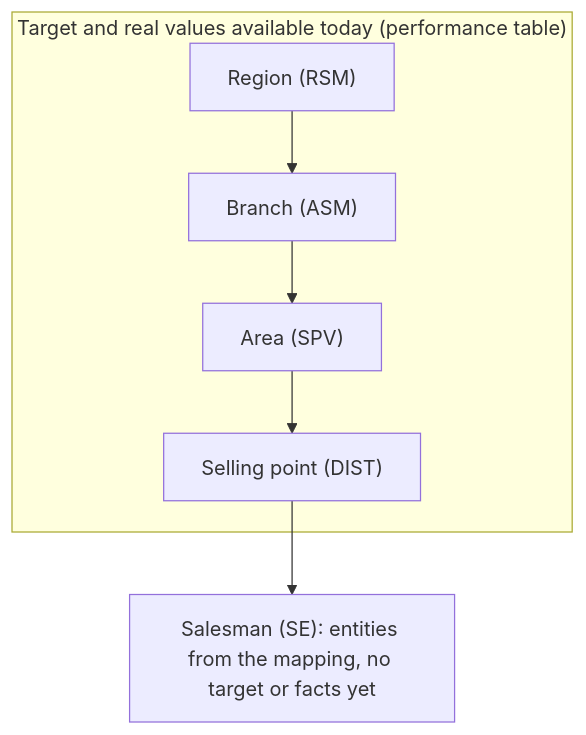
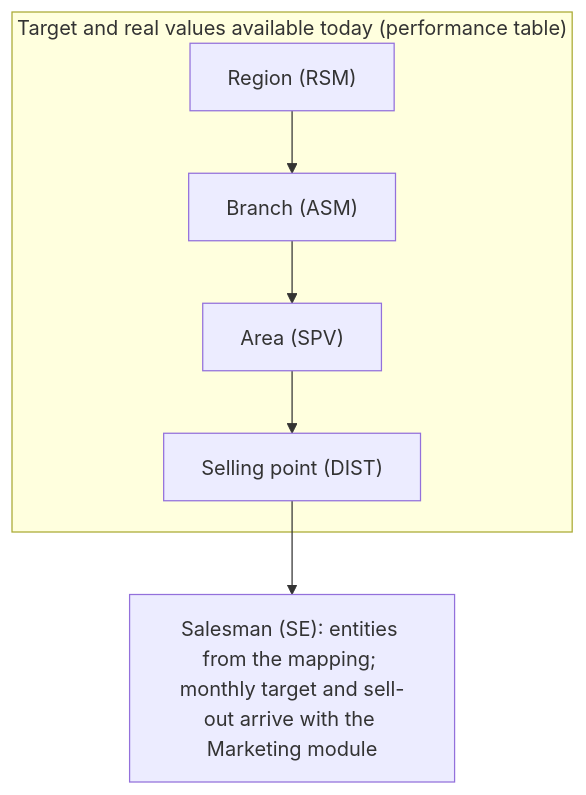
Before and after one commit to kurnFR/salesperformance: the diagram in docs/06-dashboard-catalog.md, drawn with Mermaid. The commit also changed other lines of this file and 10 other files, not shown here.

Commit message:
docs: SE-level monthly target/sell-out via Marketing module, daily progress vs working-day pace, freshness tiers

````diff
--- a/docs/06-dashboard-catalog.md
+++ b/docs/06-dashboard-catalog.md
@@ -103,7 +103,7 @@
 ```mermaid
 flowchart TD
   subgraph FACTS["Target and real values available today (performance table)"]
     R["Region (RSM)"] --> B["Branch (ASM)"] --> S["Area (SPV)"] --> D["Selling point (DIST)"]
   end
-  D --> E["Salesman (SE): entities from the mapping, no target or facts yet"]
+  D --> E["Salesman (SE): entities from the mapping; monthly target and sell-out arrive with the Marketing module"]
 ```
````
